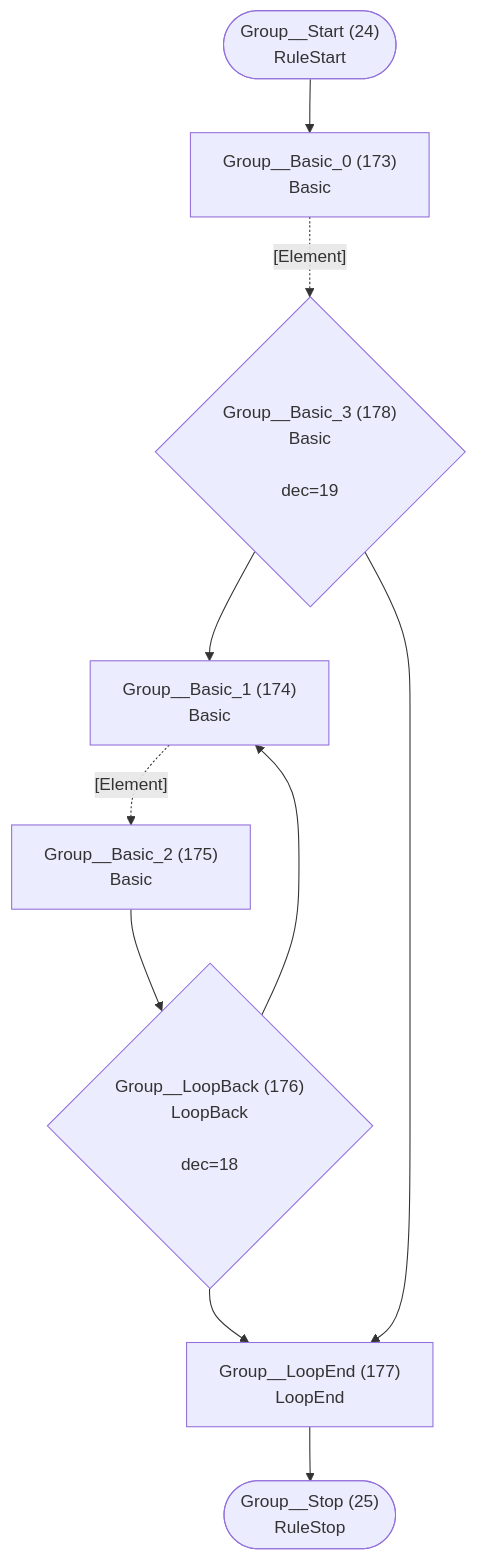
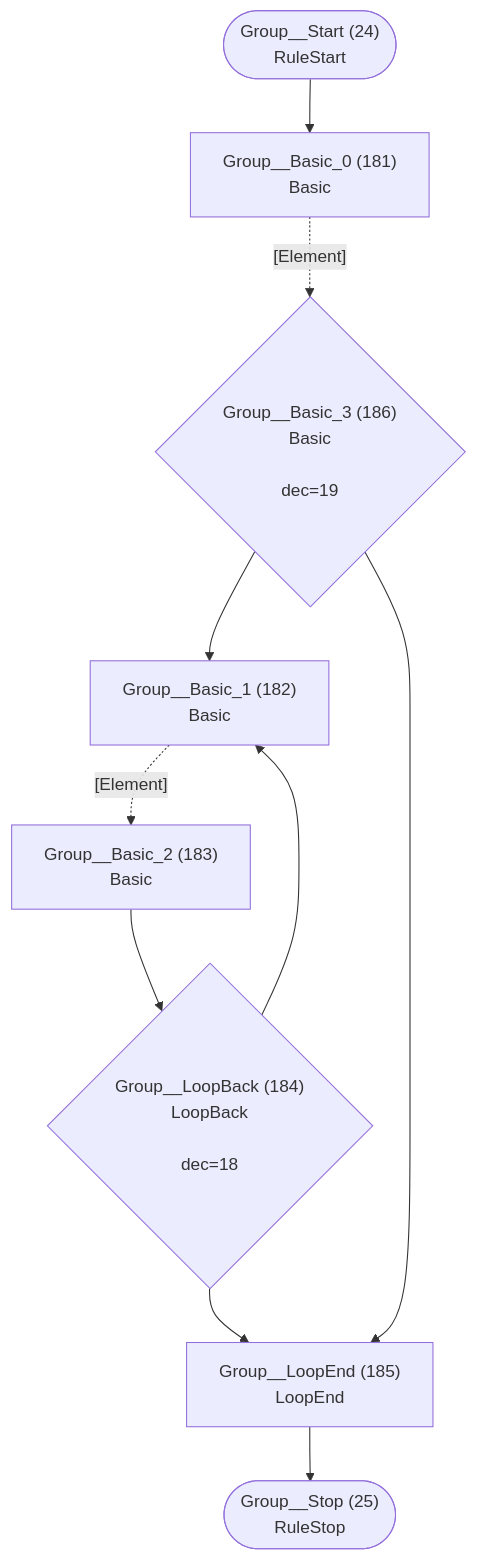
One commit to TypeFox/fastbelt changed diagram 13 of 29 in internal/grammar/atn.md. Above: the diagram before and after it, drawn with Mermaid. The commit also changed other lines of this file and 41 other files, not shown here.

````diff
--- a/internal/grammar/atn.md
+++ b/internal/grammar/atn.md
@@ -392,21 +397,21 @@
 ```mermaid
 flowchart TD
     q24(["Group__Start (24)<br/>RuleStart"])
     q25(["Group__Stop (25)<br/>RuleStop"])
-    q173["Group__Basic_0 (173)<br/>Basic<br/>"]
-    q174["Group__Basic_1 (174)<br/>Basic<br/>"]
-    q175["Group__Basic_2 (175)<br/>Basic<br/>"]
-    q176{"Group__LoopBack (176)<br/>LoopBack<br/><br/>dec=18"}
-    q177["Group__LoopEnd (177)<br/>LoopEnd<br/>"]
-    q178{"Group__Basic_3 (178)<br/>Basic<br/><br/>dec=19"}
+    q181["Group__Basic_0 (181)<br/>Basic<br/>"]
+    q182["Group__Basic_1 (182)<br/>Basic<br/>"]
+    q183["Group__Basic_2 (183)<br/>Basic<br/>"]
+    q184{"Group__LoopBack (184)<br/>LoopBack<br/><br/>dec=18"}
+    q185["Group__LoopEnd (185)<br/>LoopEnd<br/>"]
+    q186{"Group__Basic_3 (186)<br/>Basic<br/><br/>dec=19"}
 
-    q24 --> q173
-    q173 -.->|"[Element]"| q178
-    q174 -.->|"[Element]"| q175
-    q175 --> q176
-    q176 --> q174
-    q176 --> q177
-    q177 --> q25
-    q178 --> q174
-    q178 --> q177
+    q24 --> q181
+    q181 -.->|"[Element]"| q186
+    q182 -.->|"[Element]"| q183
+    q183 --> q184
+    q184 --> q182
+    q184 --> q185
+    q185 --> q25
+    q186 --> q182
+    q186 --> q185
 ```
````
